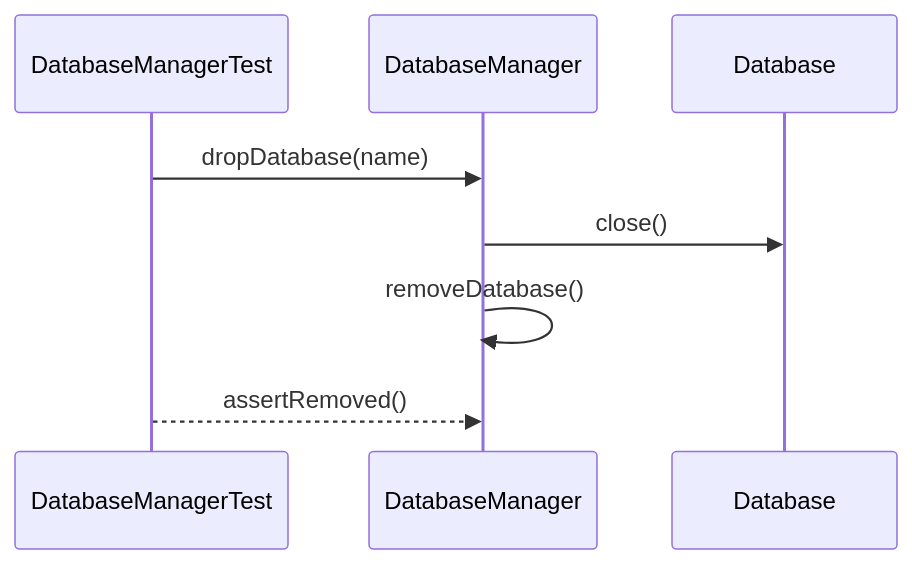
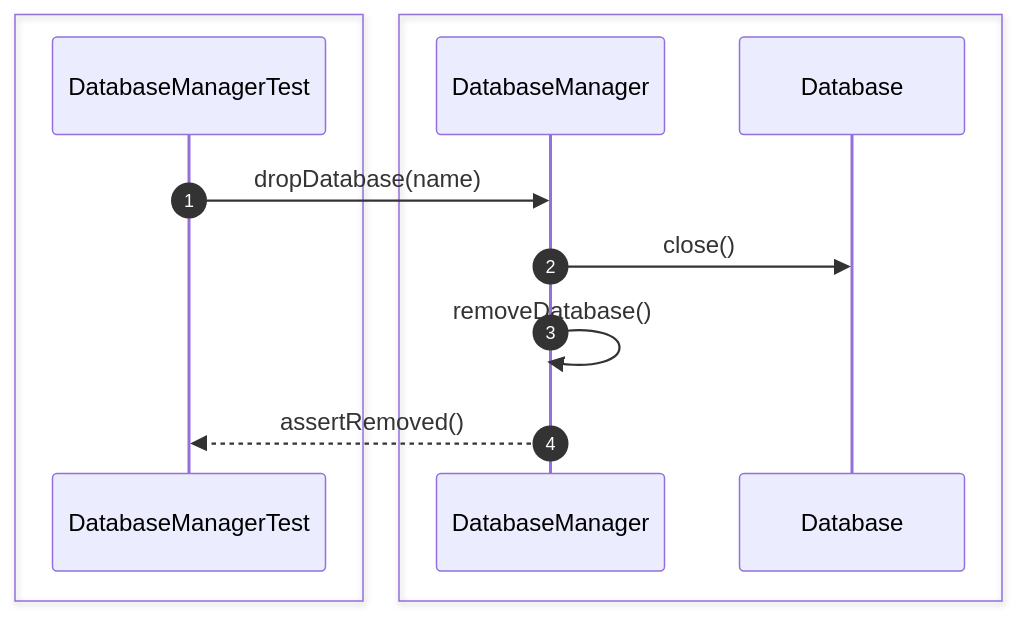
One commit to Huy1801214/dbms-architecture changed diagram 12 of 52 in src/sequence/db-server.md. Above: the diagram before and after it, drawn with Mermaid. The commit also changed other lines of this file and 10 other files, not shown here.

Commit message:
add comprehensive sequence diagrams and documentation for system architecture and unit testing specifications

````diff
--- a/src/sequence/db-server.md
+++ b/src/sequence/db-server.md
@@ -74,12 +215,17 @@
-```mermaid 
+```mermaid
 sequenceDiagram
+    autonumber
+
+    box #e1f5fe Test Suite
     participant Test as DatabaseManagerTest
+    end
+    box #e3f2fd Server Managers
     participant Manager as DatabaseManager
-    participant Database
+    participant Database as Database
+    end
 
     Test->>Manager: dropDatabase(name)
     Manager->>Database: close()
     Manager->>Manager: removeDatabase()
-
-    Test-->>Manager: assertRemoved()
+    Manager-->>Test: assertRemoved()
 ```
````
